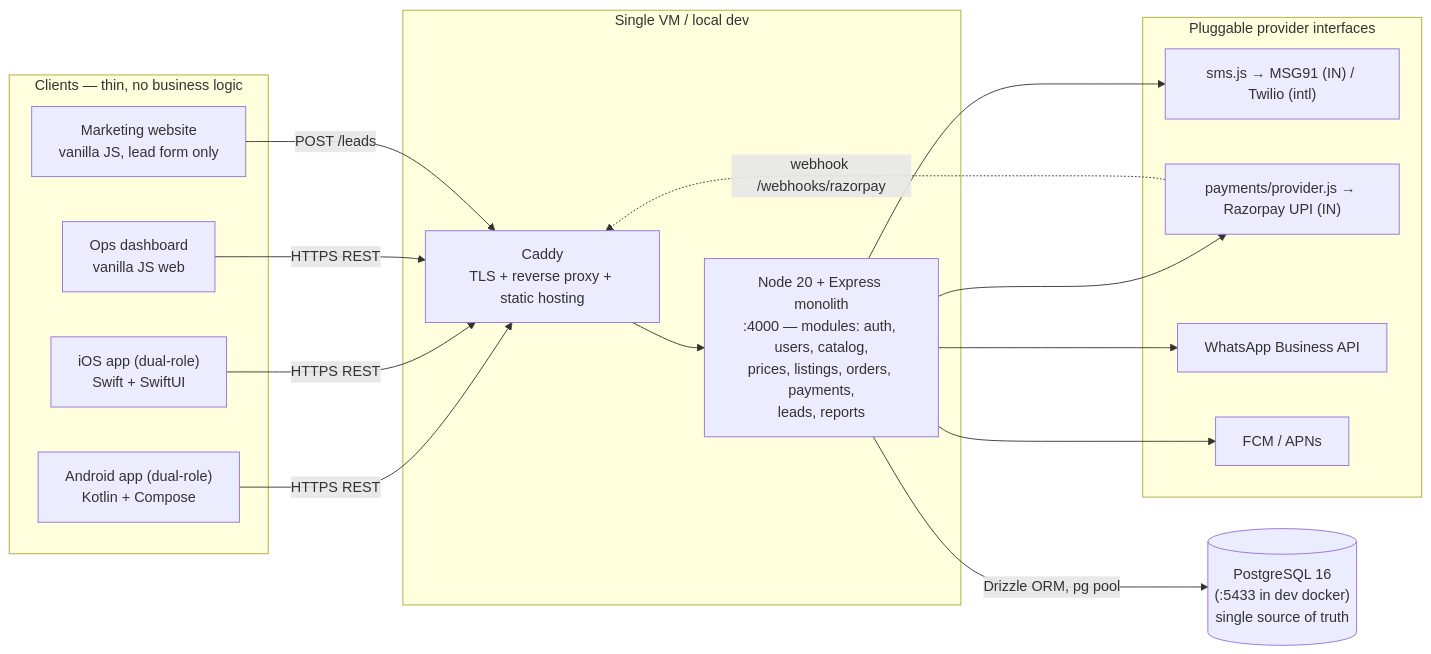
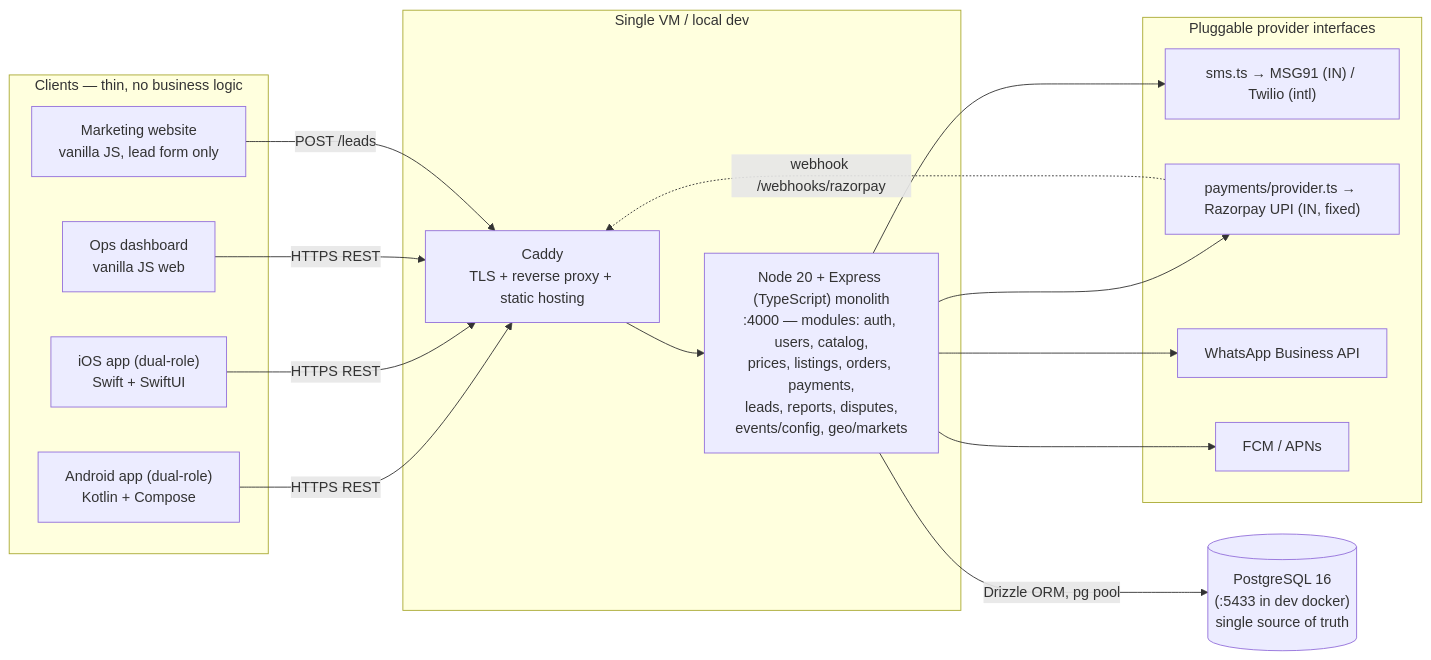
One commit to NextInnovation1/KishanSetu-Brain changed the first of 3 diagrams in 11-ARCHITECTURE.md. Above: the diagram before and after it, drawn with Mermaid. The commit also changed other lines of this file and 23 other files, not shown here.

````diff
--- a/11-ARCHITECTURE.md
+++ b/11-ARCHITECTURE.md
@@ -12,35 +12,35 @@
 ```mermaid
 flowchart LR
   subgraph clients [Clients — thin, no business logic]
     AND["Android app (dual-role)\nKotlin + Compose"]
     IOS["iOS app (dual-role)\nSwift + SwiftUI"]
     OPS["Ops dashboard\nvanilla JS web"]
     WEB["Marketing website\nvanilla JS, lead form only"]
   end
 
   subgraph server [Single VM / local dev]
     CADDY["Caddy\nTLS + reverse proxy + static hosting"]
-    API["Node 20 + Express monolith\n:4000 — modules: auth, users, catalog,\nprices, listings, orders, payments,\nleads, reports"]
+    API["Node 20 + Express (TypeScript) monolith\n:4000 — modules: auth, users, catalog,\nprices, listings, orders, payments,\nleads, reports, disputes,\nevents/config, geo/markets"]
   end
 
   PG[("PostgreSQL 16\n(:5433 in dev docker)\nsingle source of truth")]
 
   subgraph providers [Pluggable provider interfaces]
-    SMS["sms.js → MSG91 (IN) / Twilio (intl)"]
-    PAY["payments/provider.js → Razorpay UPI (IN)"]
+    SMS["sms.ts → MSG91 (IN) / Twilio (intl)"]
+    PAY["payments/provider.ts → Razorpay UPI (IN, fixed)"]
     MSGW["WhatsApp Business API"]
     PUSH["FCM / APNs"]
   end
 
   AND -->|HTTPS REST| CADDY
   IOS -->|HTTPS REST| CADDY
   OPS -->|HTTPS REST| CADDY
   WEB -->|POST /leads| CADDY
   CADDY --> API
   API -->|Drizzle ORM, pg pool| PG
   API --> SMS
   API --> PAY
   API --> MSGW
   API --> PUSH
   PAY -.->|webhook /webhooks/razorpay| CADDY
 ```
````
